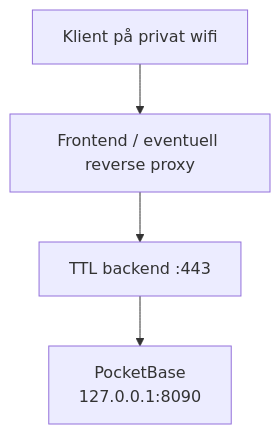
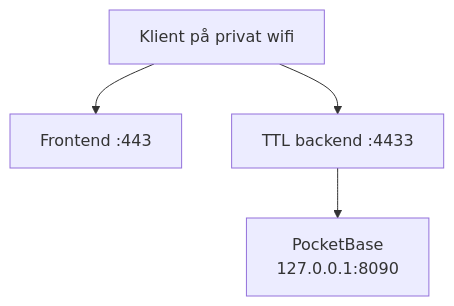
The first of 2 diagrams in ttl/PRODUCTION.md (tplive/harstadmakers), drawn with Mermaid before and after one commit. The commit also changed other lines of this file and 2 other files, not shown here.

````diff
--- a/ttl/PRODUCTION.md
+++ b/ttl/PRODUCTION.md
@@ -7,11 +7,11 @@
 ```mermaid
 flowchart TB
     client["Klient på privat wifi"]
-    frontend["Frontend / eventuell reverse proxy"]
-    backend["TTL backend :443"]
+    frontend["Frontend :443"]
+    backend["TTL backend :4433"]
     pocketbase["PocketBase<br/>127.0.0.1:8090"]
 
     client --> frontend
-    frontend --> backend
+    client --> backend
     backend --> pocketbase
 ```
````
